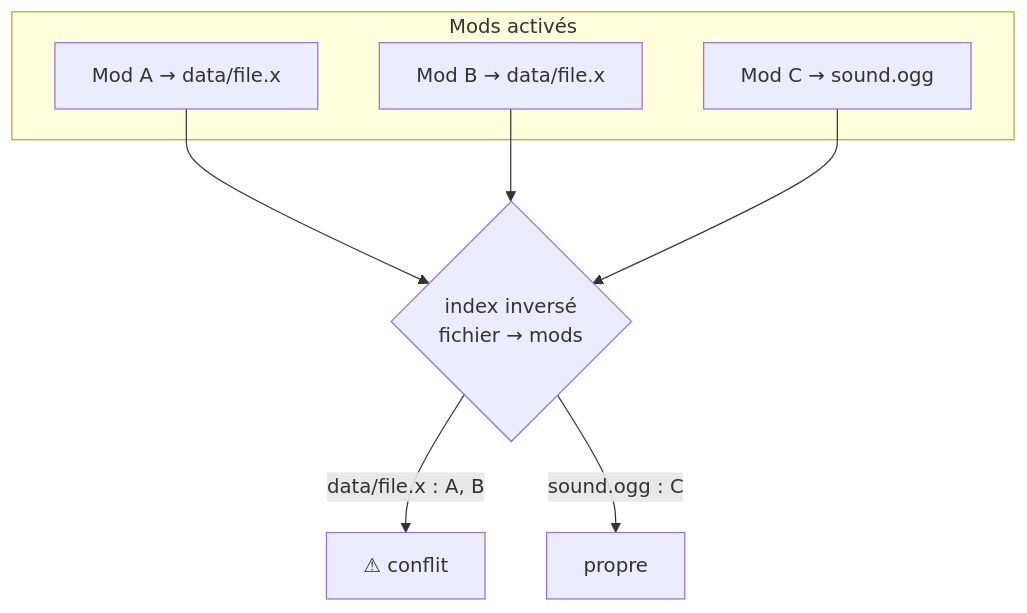
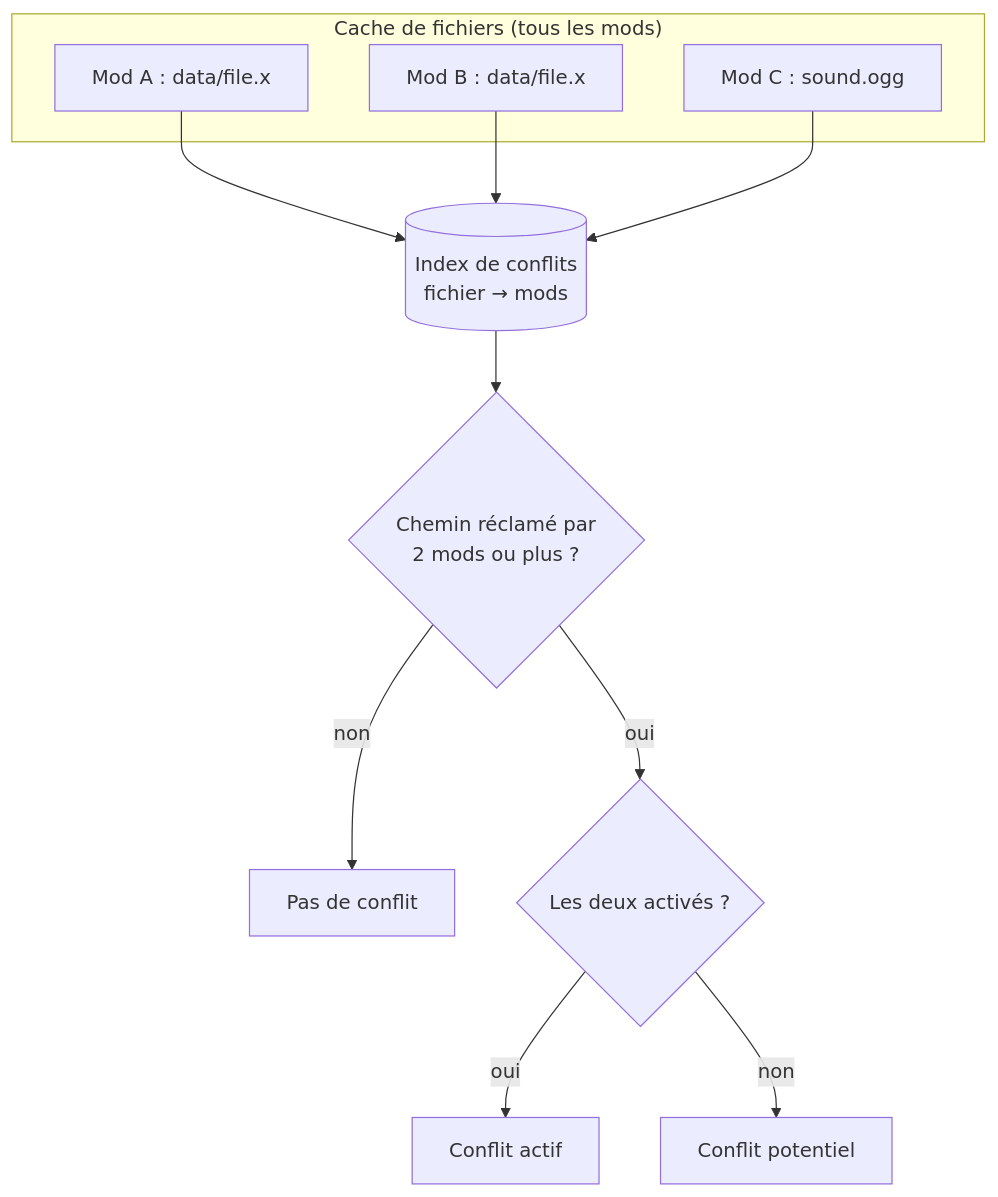
One commit to FreeProject089/BetterModsManager changed the first of 4 diagrams in frontend/assets/docs/fr/how-it-works/conflicts.md. Above: the diagram before and after it, drawn with Mermaid. The commit also changed other lines of this file and 176 other files, not shown here.

````diff
--- a/frontend/assets/docs/fr/how-it-works/conflicts.md
+++ b/frontend/assets/docs/fr/how-it-works/conflicts.md
@@ -26,13 +28,16 @@
 ```mermaid
-flowchart TB
-    subgraph Enabled["Mods activés"]
-        A["Mod A → data/file.x"]
-        B["Mod B → data/file.x"]
-        C["Mod C → sound.ogg"]
+flowchart TD
+    subgraph LIB["Cache de fichiers (tous les mods)"]
+        A["Mod A : data/file.x"]
+        B["Mod B : data/file.x"]
+        C["Mod C : sound.ogg"]
     end
-    A --> G{"index inversé<br/>fichier → mods"}
-    B --> G
-    C --> G
-    G -- "data/file.x : A, B" --> CONF["⚠ conflit"]
-    G -- "sound.ogg : C" --> OK["propre"]
+    A --> IDX[("Index de conflits<br/>fichier → mods")]
+    B --> IDX
+    C --> IDX
+    IDX --> SHARED{"Chemin réclamé par<br/>2 mods ou plus ?"}
+    SHARED -- "non" --> OK["Pas de conflit"]
+    SHARED -- "oui" --> BOTH{"Les deux activés ?"}
+    BOTH -- "oui" --> ACT["Conflit actif"]
+    BOTH -- "non" --> POT["Conflit potentiel"]
 ```
````
